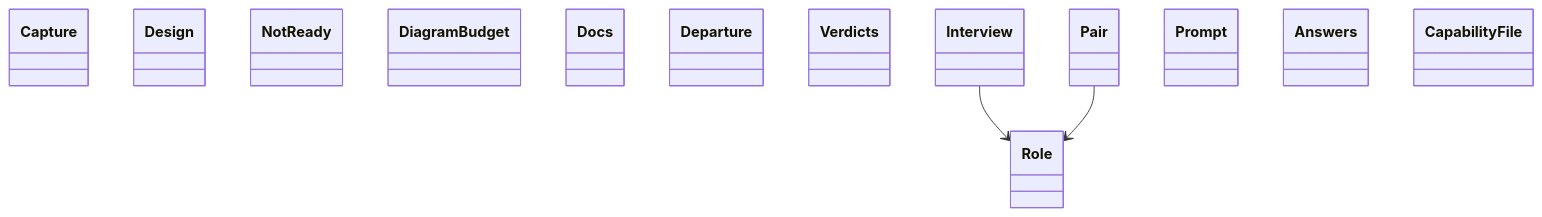
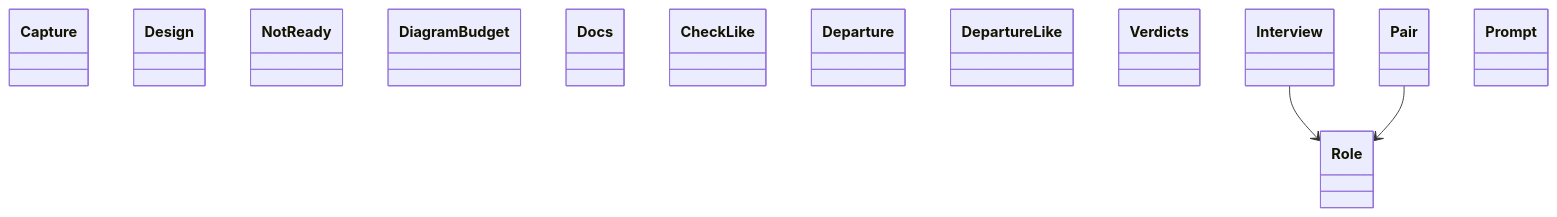
Before and after one commit to GonzaloZevallos/agentic-system: the diagram in docs/architecture/generated/classes-process-domain-roles-1.md, drawn with Mermaid. The commit also changed other lines of this file and 4 other files, not shown here.

Commit message:
Regenerate the architecture diagrams: the interviewer role's schema changed

````diff
--- a/docs/architecture/generated/classes-process-domain-roles-1.md
+++ b/docs/architecture/generated/classes-process-domain-roles-1.md
@@ -30,18 +30,18 @@
 ```mermaid
 classDiagram
     class design__Capture["Capture"]
     class design__Design["Design"]
     class design__NotReady["NotReady"]
     class docs__DiagramBudget["DiagramBudget"]
     class docs__Docs["Docs"]
+    class drawing__CheckLike["CheckLike"]
     class drawing__Departure["Departure"]
+    class drawing__DepartureLike["DepartureLike"]
     class drawing__Verdicts["Verdicts"]
     class roles__Interview["Interview"]
     class roles__Pair["Pair"]
     class roles__Prompt["Prompt"]
     class roles__Role["Role"]
-    class schemas__Answers["Answers"]
-    class schemas__CapabilityFile["CapabilityFile"]
     roles__Interview --> roles__Role
     roles__Pair --> roles__Role
 ```
````
